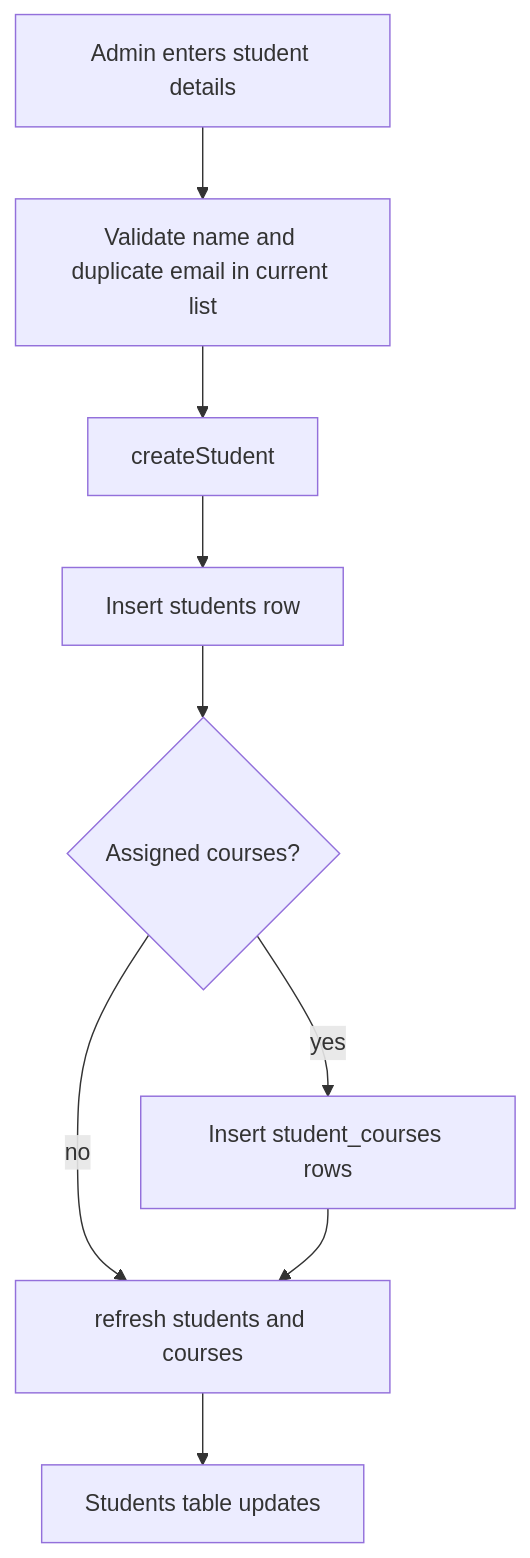
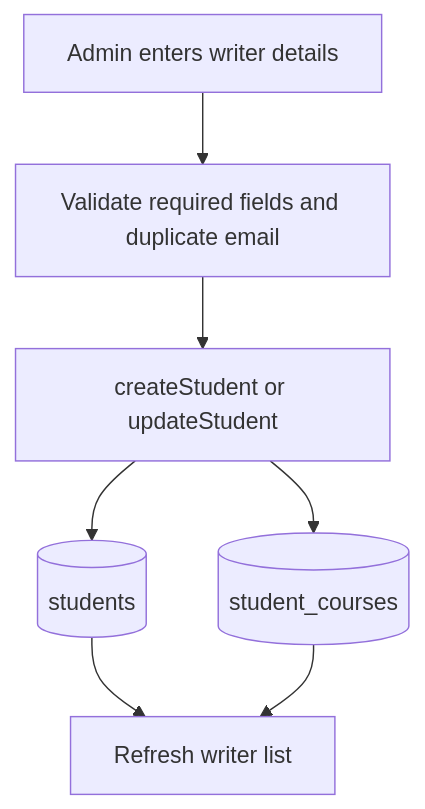
The sixth of 17 diagrams in SYSTEM_FLOW.md (muhammadjamshed7/Assignmentwork), drawn with Mermaid before and after one commit. The commit also changed other lines of this file and 18 other files, not shown here.

````diff
--- a/SYSTEM_FLOW.md
+++ b/SYSTEM_FLOW.md
@@ -155,11 +304,9 @@
 ```mermaid
 flowchart TD
-  Admin[Admin enters student details] --> ClientValidate[Validate name and duplicate email in current list]
-  ClientValidate --> CreateStudent[createStudent]
-  CreateStudent --> InsertStudent[Insert students row]
-  InsertStudent --> InsertCourses{Assigned courses?}
-  InsertCourses -- yes --> StudentCourses[Insert student_courses rows]
-  InsertCourses -- no --> Refresh
-  StudentCourses --> Refresh[refresh students and courses]
-  Refresh --> StudentsPage[Students table updates]
+  Admin[Admin enters writer details] --> Validate[Validate required fields and duplicate email]
+  Validate --> Save[createStudent or updateStudent]
+  Save --> Students[(students)]
+  Save --> Assignments[(student_courses)]
+  Students --> Refresh[Refresh writer list]
+  Assignments --> Refresh
 ```
````
